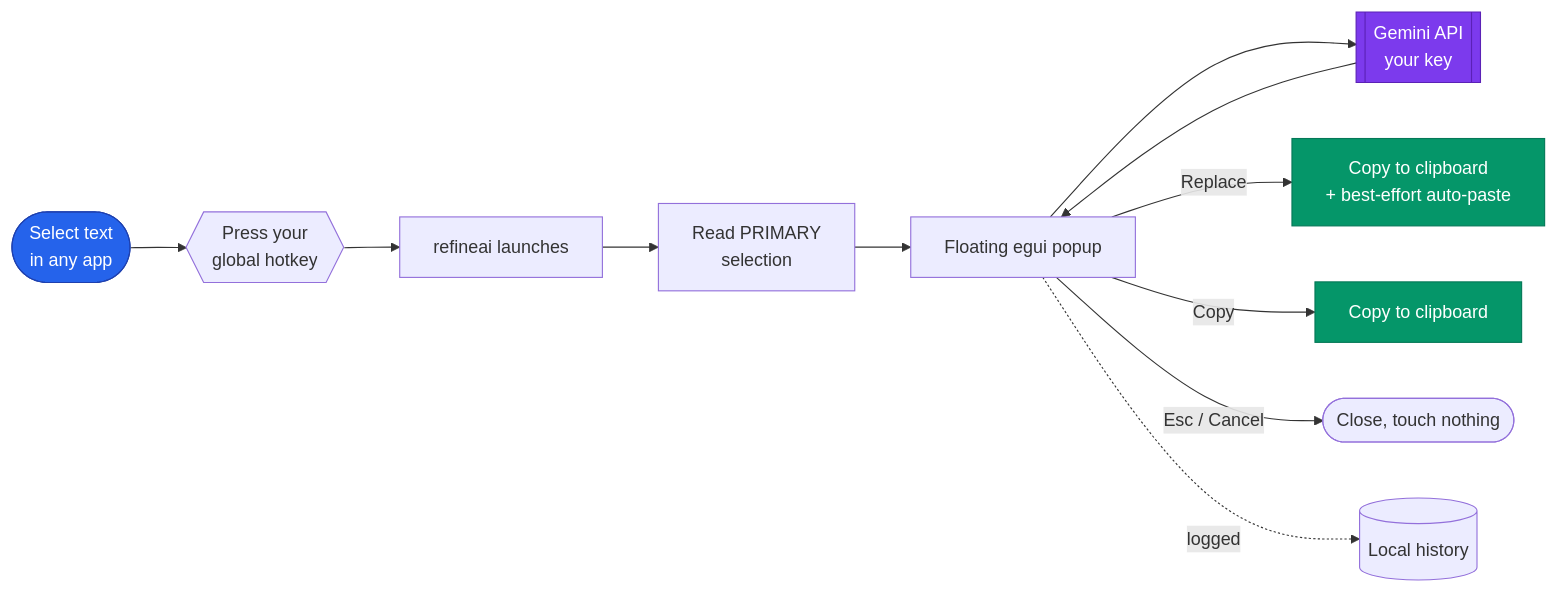
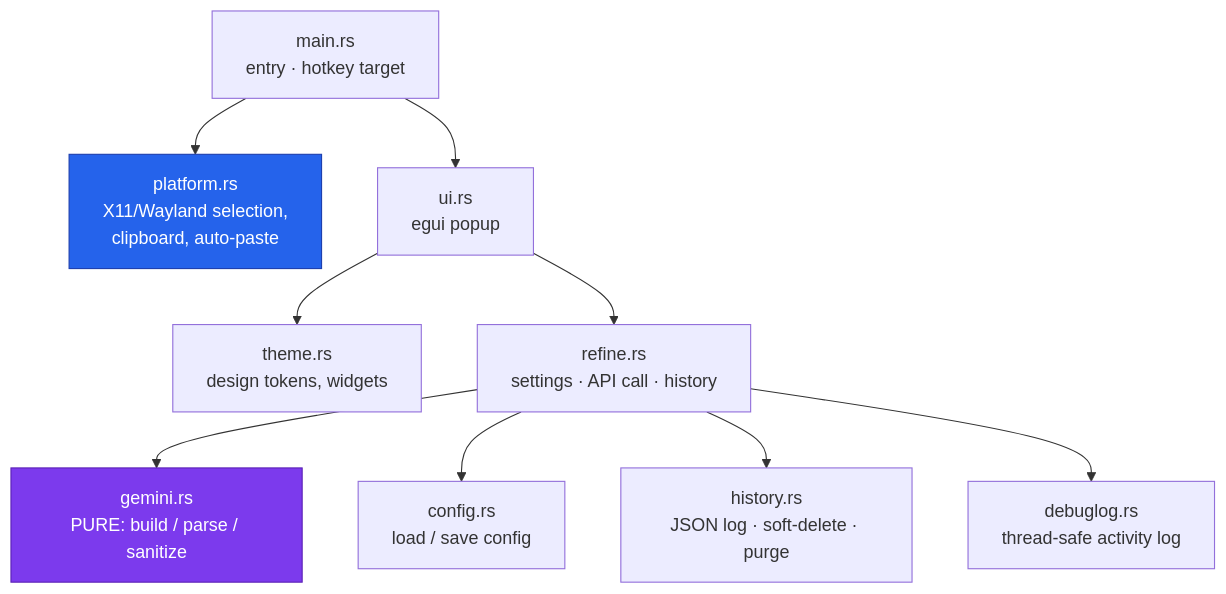
Before and after one commit to anurag-verma-india/refineai-linux: the diagram in README.md, drawn with Mermaid. The commit also changed other lines of this file and 6 other files, not shown here.

````diff
--- a/README.md
+++ b/README.md
@@ -31,18 +89,14 @@
 ```mermaid
-flowchart LR
-    A([Select text<br/>in any app]) --> B{{Press your<br/>global hotkey}}
-    B --> C[refineai launches]
-    C --> D[Read PRIMARY<br/>selection]
-    D --> E[Floating egui popup]
-    E --> F[[Gemini API<br/>your key]]
-    F --> E
-    E -->|Replace| G[Copy to clipboard<br/>+ best-effort auto-paste]
-    E -->|Copy| H[Copy to clipboard]
-    E -->|Esc / Cancel| I([Close, touch nothing])
-    E -.logged.-> J[(Local history)]
+flowchart TD
+    main[main.rs<br/>entry · hotkey target] --> platform[platform.rs<br/>X11/Wayland selection,<br/>clipboard, auto-paste]
+    main --> ui[ui.rs<br/>egui popup]
+    ui --> theme[theme.rs<br/>design tokens, widgets]
+    ui --> refine[refine.rs<br/>settings · API call · history]
+    refine --> gemini[gemini.rs<br/>PURE: build / parse / sanitize]
+    refine --> config[config.rs<br/>load / save config]
+    refine --> history[history.rs<br/>JSON log · soft-delete · purge]
+    refine --> debuglog[debuglog.rs<br/>thread-safe activity log]
 
-    style A fill:#2563eb,stroke:#1e40af,color:#fff
-    style F fill:#7c3aed,stroke:#5b21b6,color:#fff
-    style G fill:#059669,stroke:#047857,color:#fff
-    style H fill:#059669,stroke:#047857,color:#fff
+    style gemini fill:#7c3aed,stroke:#5b21b6,color:#fff
+    style platform fill:#2563eb,stroke:#1e40af,color:#fff
 ```
````
